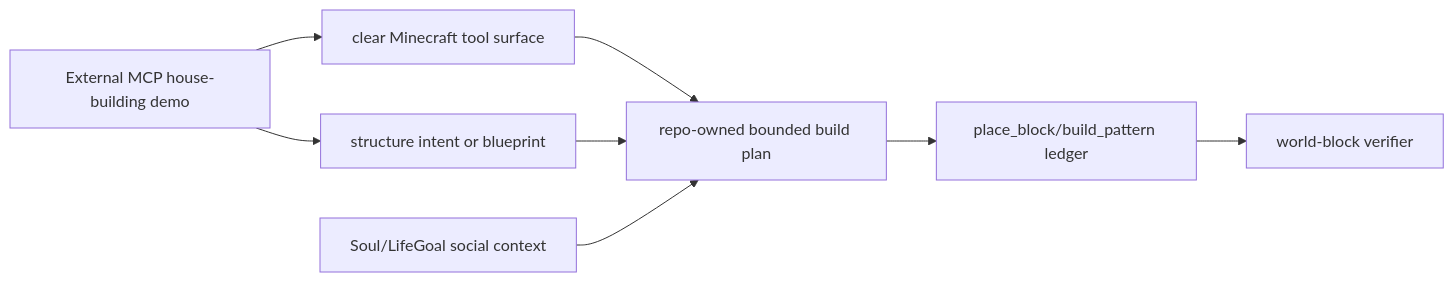
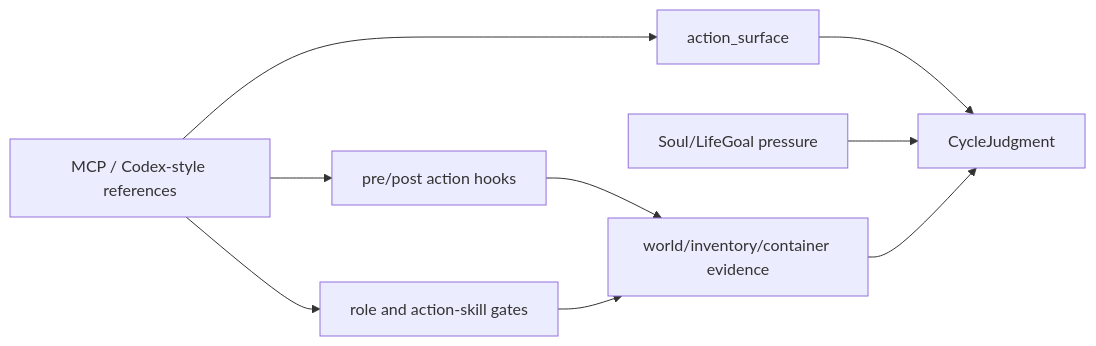
The second of 2 diagrams in docs/docs/Architecture/Future-Works.md (gigio1023/minecraft-llm-agent-community), drawn with Mermaid before and after one commit. The commit also changed other lines of this file and 62 other files, not shown here.

First line of the commit message:
[codex] Harden autonomy substrate contracts and evidence (#28)

````diff
--- a/docs/docs/Architecture/Future-Works.md
+++ b/docs/docs/Architecture/Future-Works.md
@@ -236,18 +290,19 @@
 ```mermaid
 flowchart LR
-  MCPExample["External MCP house-building demo"]
-  ToolSurface["clear Minecraft tool surface"]
-  StructureIntent["structure intent or blueprint"]
-  RuntimePlan["repo-owned bounded build plan"]
-  PlacementLedger["place_block/build_pattern ledger"]
-  Verifier["world-block verifier"]
-  SoulFrame["Soul/LifeGoal social context"]
+  References["MCP / Codex-style references"]
+  Surface["action_surface"]
+  Hooks["pre/post action hooks"]
+  Gates["role and action-skill gates"]
+  Evidence["world/inventory/container evidence"]
+  Judgment["CycleJudgment"]
+  Soul["Soul/LifeGoal pressure"]
 
-  MCPExample --> ToolSurface
-  MCPExample --> StructureIntent
-  ToolSurface --> RuntimePlan
-  StructureIntent --> RuntimePlan
-  RuntimePlan --> PlacementLedger
-  PlacementLedger --> Verifier
-  SoulFrame --> RuntimePlan
+  References --> Surface
+  References --> Hooks
+  References --> Gates
+  Surface --> Judgment
+  Hooks --> Evidence
+  Gates --> Evidence
+  Soul --> Judgment
+  Evidence --> Judgment
 ```
````
